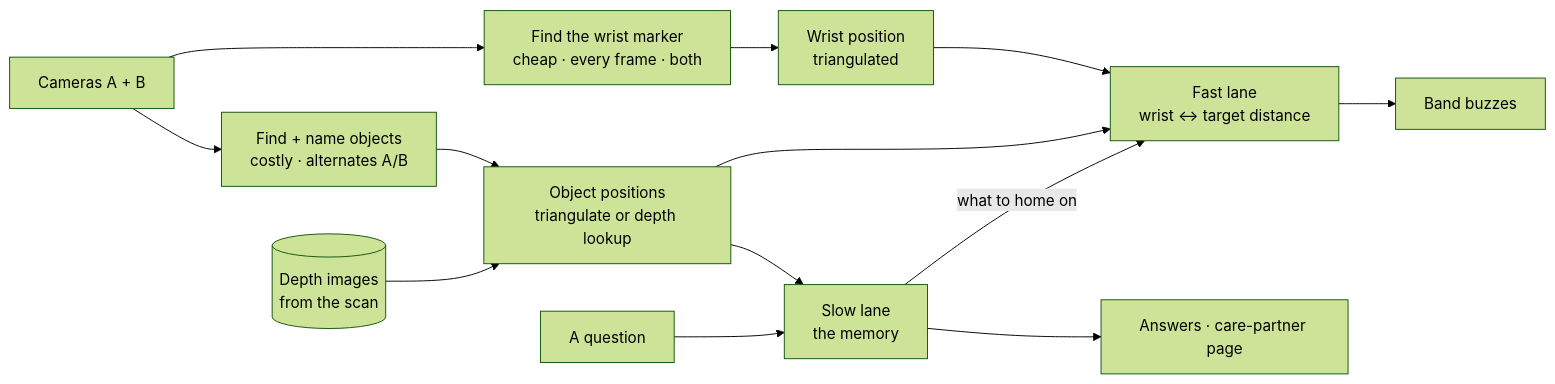
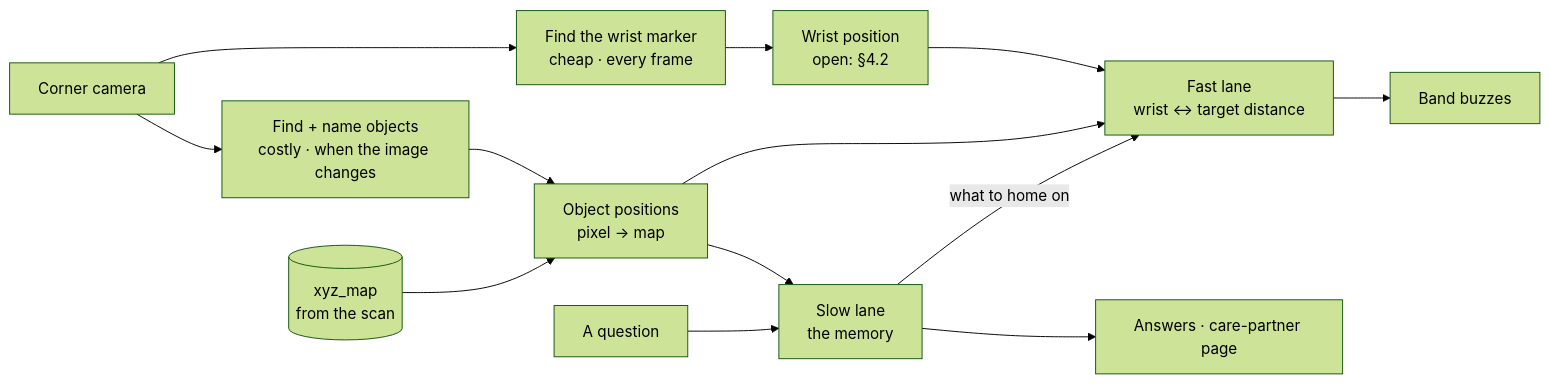
The diagram in DESIGN.md (kach0w/cal-hacks-13), drawn with Mermaid (forest theme) before and after one commit. The commit also changed other lines of this file and 22 other files, not shown here.

````diff
--- a/DESIGN.md
+++ b/DESIGN.md
@@ -101,15 +109,15 @@
 ```mermaid
 flowchart LR
-    CAM["Cameras A + B"] --> MARK["Find the wrist marker<br/>cheap · every frame · both"]
-    CAM --> DET["Find + name objects<br/>costly · alternates A/B"]
-    MARK --> WRIST["Wrist position<br/>triangulated"]
-    DET --> LOC["Object positions<br/>triangulate or depth lookup"]
-    MAP[("Depth images<br/>from the scan")] --> LOC
+    CAM["Corner camera"] --> MARK["Find the wrist marker<br/>cheap · every frame"]
+    CAM --> DET["Find + name objects<br/>costly · when the image changes"]
+    MARK --> WRIST["Wrist position<br/>open: §4.2"]
+    DET --> LOC["Object positions<br/>pixel → map"]
+    MAP[("xyz_map<br/>from the scan")] --> LOC
     WRIST --> FAST["Fast lane<br/>wrist ↔ target distance"]
     LOC --> FAST
     LOC --> SLOW["Slow lane<br/>the memory"]
     FAST --> BAND["Band buzzes"]
     SLOW --> OUT["Answers · care-partner page"]
     Q["A question"] --> SLOW
     SLOW -- "what to home on" --> FAST
 ```
````
